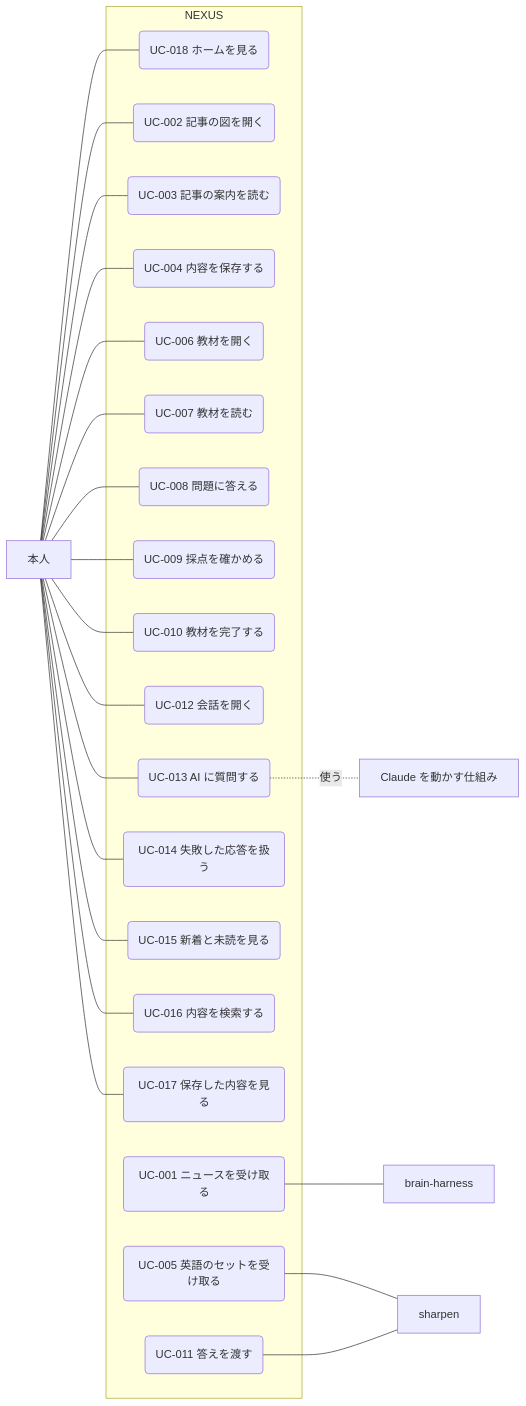
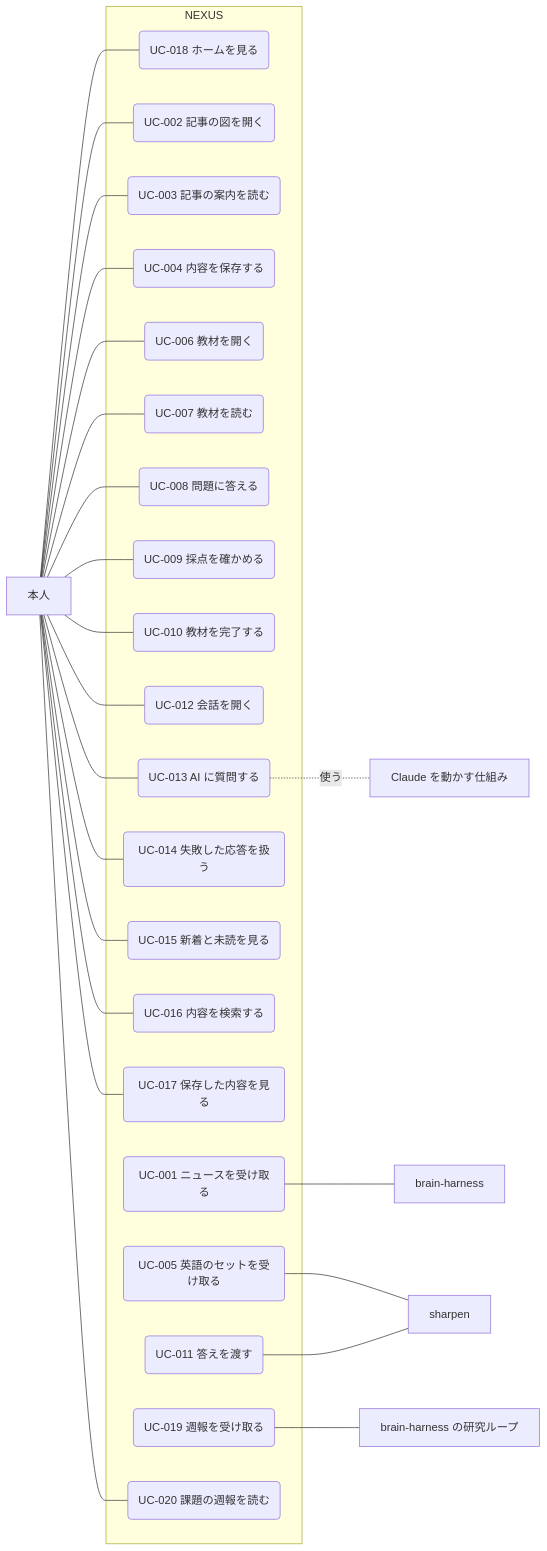
One commit to shota-urano/nexus changed the diagram in docs/upstream/rd/RD-04-use-case-list.md. Above: the diagram before and after it, drawn with Mermaid. The commit also changed other lines of this file and 41 other files, not shown here.

````diff
--- a/docs/upstream/rd/RD-04-use-case-list.md
+++ b/docs/upstream/rd/RD-04-use-case-list.md
@@ -57,46 +61,51 @@
 ```mermaid
 flowchart LR
   ME[本人]
   subgraph NEXUS
     U18(UC-018 ホームを見る)
     U2(UC-002 記事の図を開く)
     U3(UC-003 記事の案内を読む)
     U4(UC-004 内容を保存する)
     U6(UC-006 教材を開く)
     U7(UC-007 教材を読む)
     U8(UC-008 問題に答える)
     U9(UC-009 採点を確かめる)
     U10(UC-010 教材を完了する)
     U12(UC-012 会話を開く)
     U13(UC-013 AI に質問する)
     U14(UC-014 失敗した応答を扱う)
     U15(UC-015 新着と未読を見る)
     U16(UC-016 内容を検索する)
     U17(UC-017 保存した内容を見る)
     U1(UC-001 ニュースを受け取る)
     U5(UC-005 英語のセットを受け取る)
     U11(UC-011 答えを渡す)
+    U19(UC-019 週報を受け取る)
+    U20(UC-020 課題の週報を読む)
   end
   BH[brain-harness]
   SP[sharpen]
+  BR[brain-harness の研究ループ]
   AI[Claude を動かす仕組み]
   ME --- U18
   ME --- U2
   ME --- U3
   ME --- U4
   ME --- U6
   ME --- U7
   ME --- U8
   ME --- U9
   ME --- U10
   ME --- U12
   ME --- U13
   ME --- U14
   ME --- U15
   ME --- U16
   ME --- U17
+  ME --- U20
   U1 --- BH
   U5 --- SP
   U11 --- SP
+  U19 --- BR
   U13 -.使う.- AI
 ```
````
